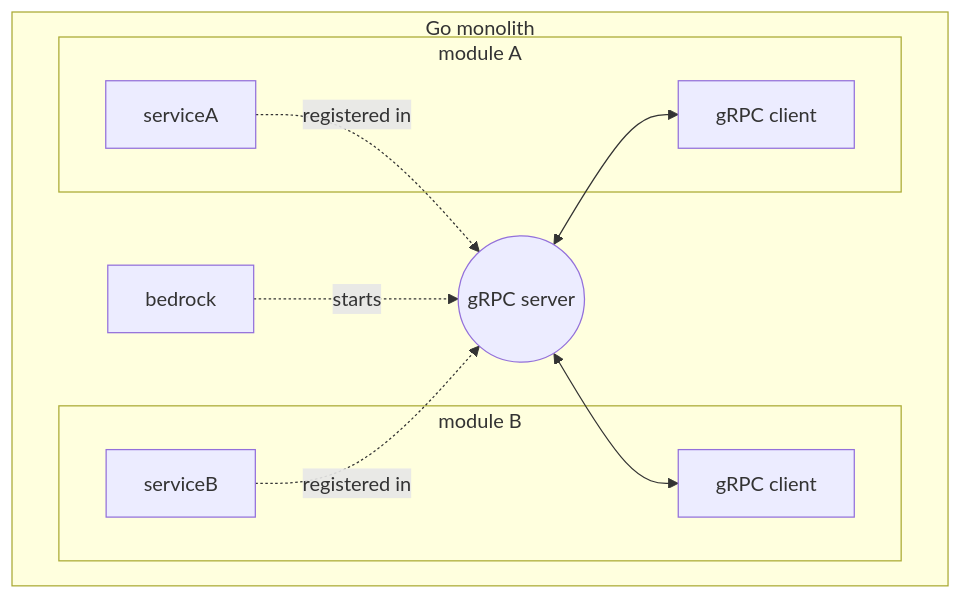
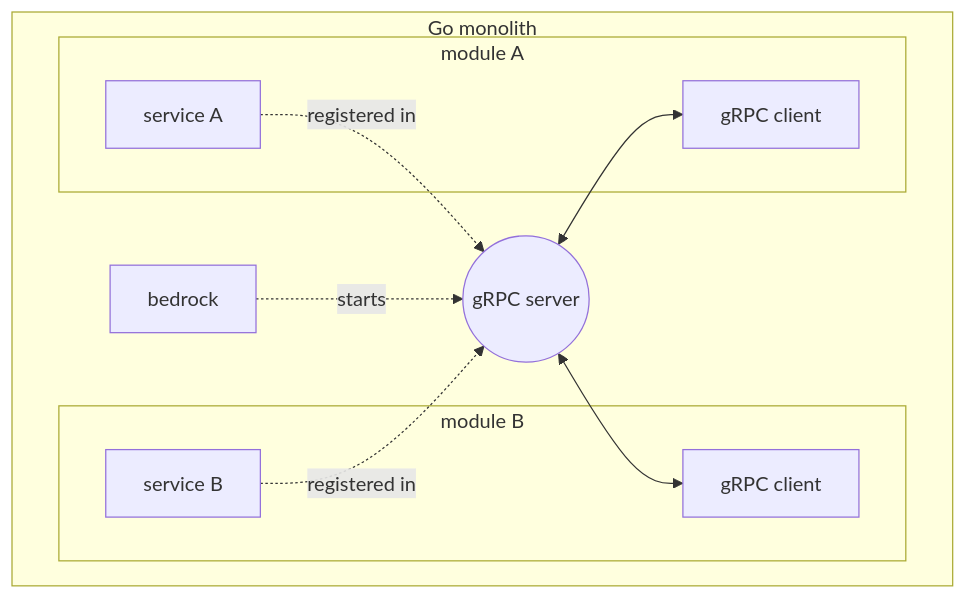
Before and after one commit to cottand/web-portfolio: the first of 3 diagrams in src/assets/markdown/blog/FromMicroservicesToMonolith.md, drawn with Mermaid. The commit also changed other lines of this file, not shown here.

````diff
--- a/src/assets/markdown/blog/FromMicroservicesToMonolith.md
+++ b/src/assets/markdown/blog/FromMicroservicesToMonolith.md
@@ -57,19 +68,19 @@
 ```mermaid
 graph TD
 subgraph go["Go monolith"]
   subgraph moduleB["module B"]
     cb["gRPC client"]
-	  serviceB
+	  serviceB["service B"]
   end
   subgraph moduleA["module A"]
     ca["gRPC client"]
-    serviceA
+    serviceA["service A"]
   end
  
   
   serviceB & serviceA -.->|registered in| grpcServer(("gRPC server"))
   bedrock -.-> |starts| grpcServer
   grpcServer <--> cb & ca
   
 end
 ```
````
